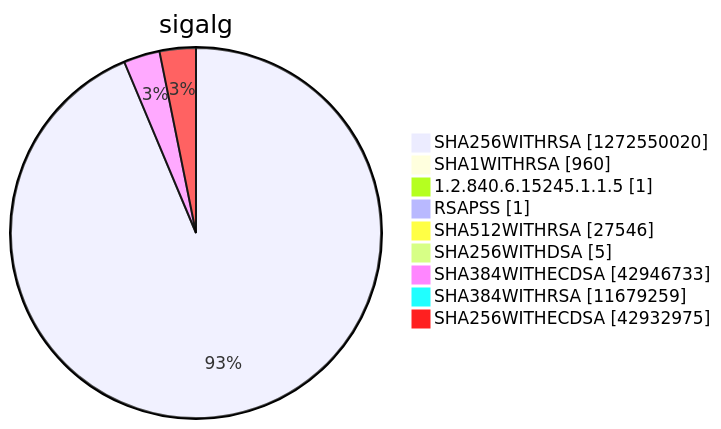
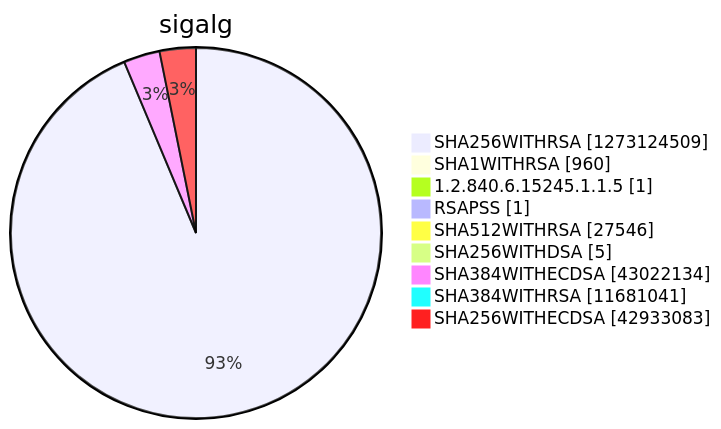
One commit to christiankrug/ctmonitor_visualization changed diagram 15 of 15 in argon2022/README.md. Above: the diagram before and after it, drawn with Mermaid. The commit also changed other lines of this file, not shown here.

````diff
--- a/argon2022/README.md
+++ b/argon2022/README.md
@@ -5522,13 +5522,13 @@
 ```mermaid
 pie showData
 title sigalg
-"SHA256WITHRSA" :1272550020
+"SHA256WITHRSA" :1273124509
 "SHA1WITHRSA" :960
 "1.2.840.6.15245.1.1.5" :1
 "RSAPSS" :1
 "SHA512WITHRSA" :27546
 "SHA256WITHDSA" :5
-"SHA384WITHECDSA" :42946733
-"SHA384WITHRSA" :11679259
-"SHA256WITHECDSA" :42932975
+"SHA384WITHECDSA" :43022134
+"SHA384WITHRSA" :11681041
+"SHA256WITHECDSA" :42933083
 ```
````
